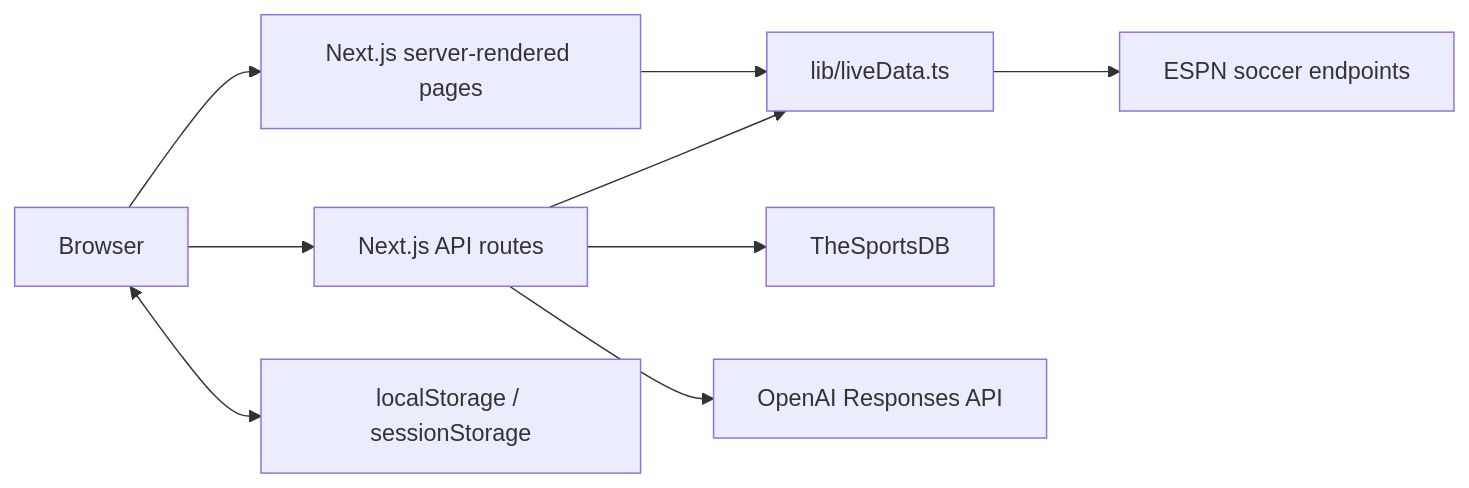
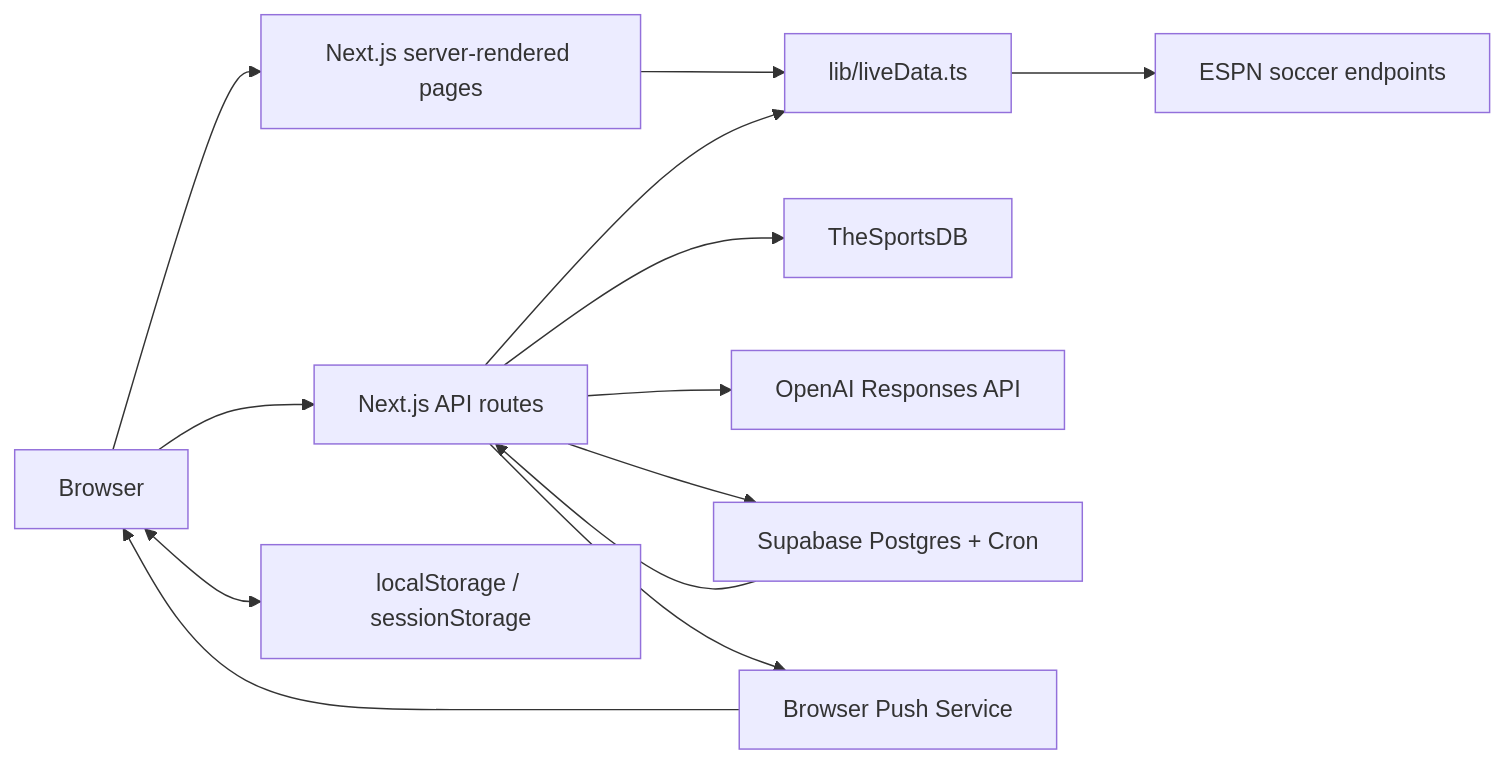
One commit to shijon12/fifa-wc-live changed the first of 2 diagrams in docs/ARCHITECTURE.md. Above: the diagram before and after it, drawn with Mermaid. The commit also changed other lines of this file and 25 other files, not shown here.

````diff
--- a/docs/ARCHITECTURE.md
+++ b/docs/ARCHITECTURE.md
@@ -7,20 +7,26 @@
 ```mermaid
 flowchart LR
     Browser[Browser]
     Pages[Next.js server-rendered pages]
     Routes[Next.js API routes]
     LiveData[lib/liveData.ts]
     ESPN[ESPN soccer endpoints]
     SportsDB[TheSportsDB]
     OpenAI[OpenAI Responses API]
+    Supabase[Supabase Postgres + Cron]
+    Push[Browser Push Service]
     Storage[localStorage / sessionStorage]
 
     Browser --> Pages
     Browser --> Routes
     Browser <--> Storage
     Pages --> LiveData
     Routes --> LiveData
     LiveData --> ESPN
     Routes --> SportsDB
     Routes --> OpenAI
+    Supabase --> Routes
+    Routes --> Supabase
+    Routes --> Push
+    Push --> Browser
 ```
````
